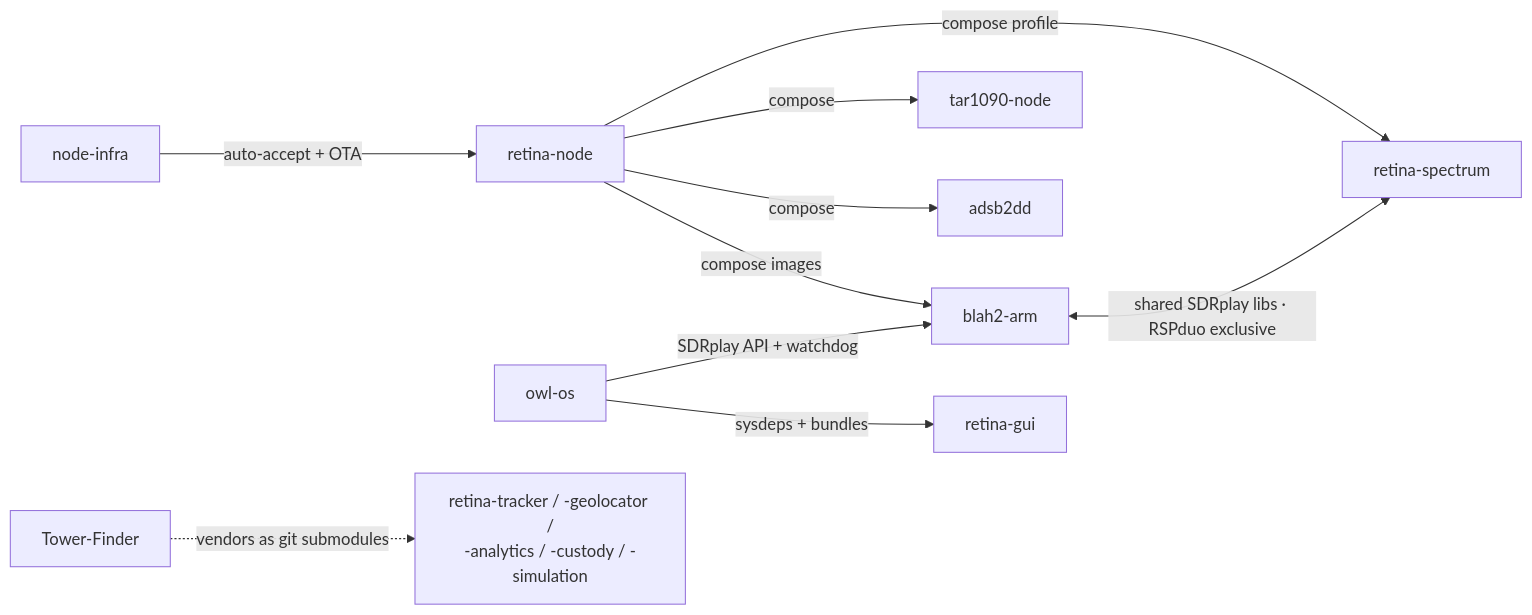
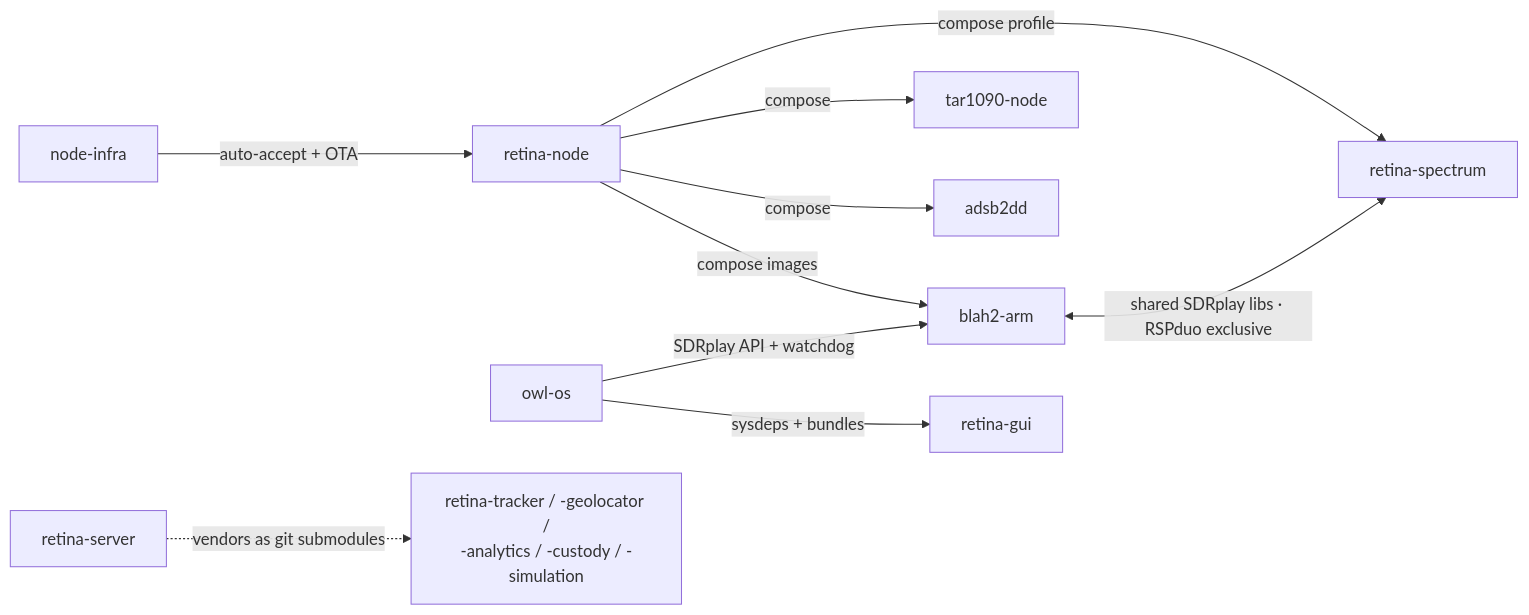
One commit to offworldlabs/claude-shared changed the fourth of 4 diagrams in docs/architecture.md. Above: the diagram before and after it, drawn with Mermaid. The commit also changed other lines of this file and 3 other files, not shown here.

First line of the commit message:
docs: Tower-Finder is now retina-server

````diff
--- a/docs/architecture.md
+++ b/docs/architecture.md
@@ -295,12 +295,12 @@
 ```mermaid
 flowchart LR
   ni[node-infra] -->|auto-accept + OTA| rn[retina-node]
   rn -->|compose images| blah[blah2-arm]
   rn -->|compose| a2d[adsb2dd]
   rn -->|compose| tar[tar1090-node]
   rn -->|compose profile| spec[retina-spectrum]
   os[owl-os] -->|sysdeps + bundles| gui[retina-gui]
   os -->|SDRplay API + watchdog| blah
   blah <-->|shared SDRplay libs · RSPduo exclusive| spec
-  tf[Tower-Finder] -.->|vendors as git submodules| libs["retina-tracker / -geolocator /<br/>-analytics / -custody / -simulation"]
+  tf[retina-server] -.->|vendors as git submodules| libs["retina-tracker / -geolocator /<br/>-analytics / -custody / -simulation"]
 ```
````
